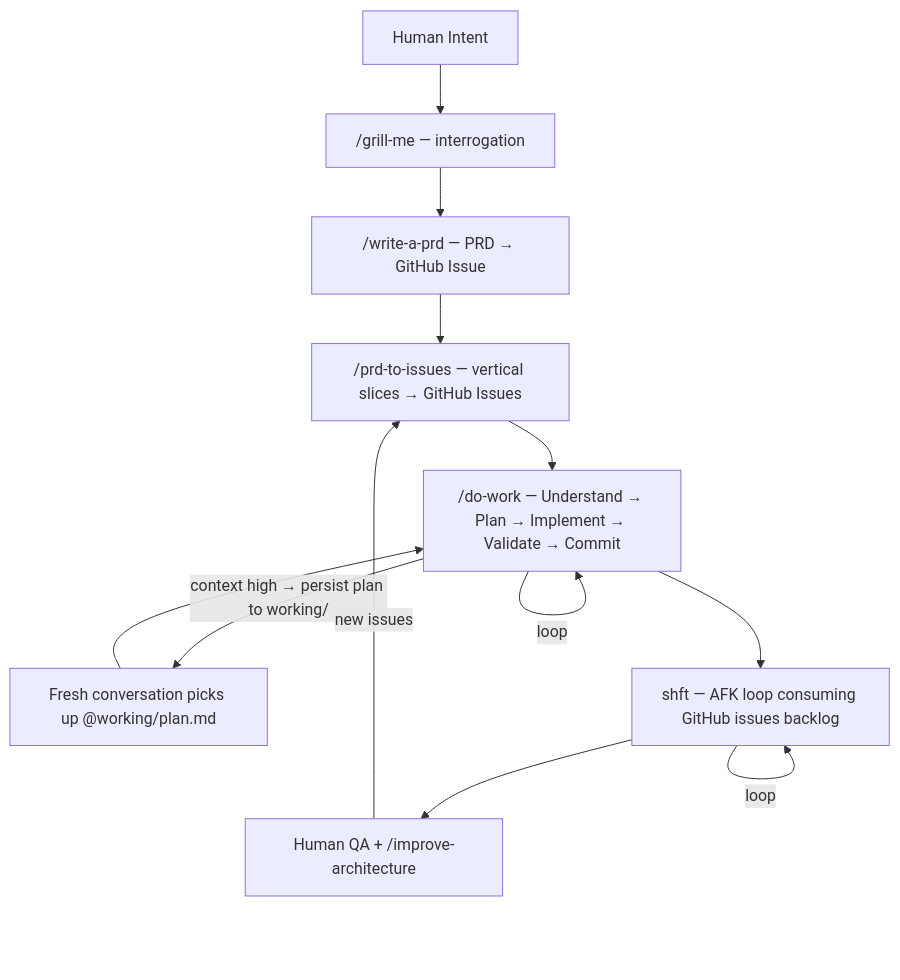
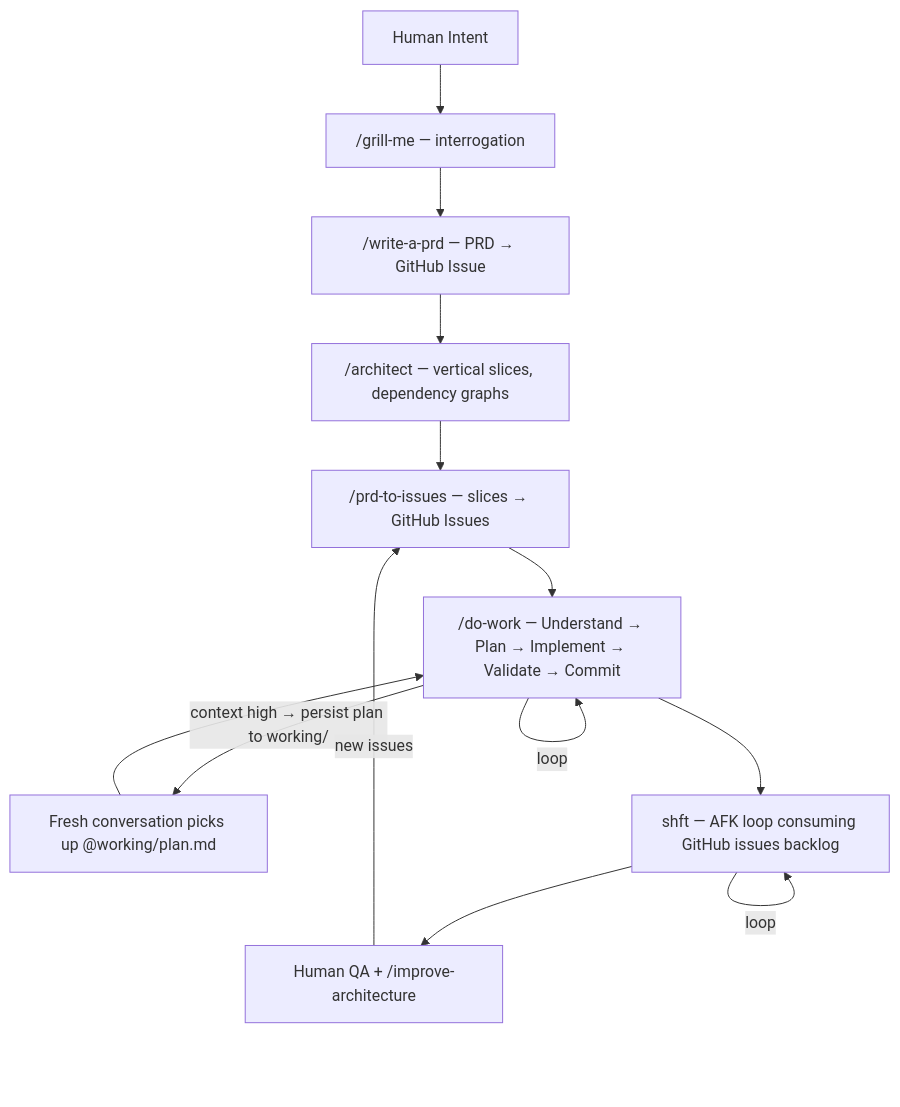
The diagram in README.md (arndvs/ctrlshft), drawn with Mermaid before and after one commit. The commit also changed other lines of this file and 5 other files, not shown here.

First line of the commit message:
docs(pipeline): add /architect step between write-a-prd and prd-to-issues

````diff
--- a/README.md
+++ b/README.md
@@ -36,14 +37,15 @@
 ```mermaid
 graph TD
     A[Human Intent] --> B["/grill-me — interrogation"]
     B --> C["/write-a-prd — PRD → GitHub Issue"]
-    C --> D["/prd-to-issues — vertical slices → GitHub Issues"]
+    C --> AR["/architect — vertical slices, dependency graphs"]
+    AR --> D["/prd-to-issues — slices → GitHub Issues"]
     D --> E["/do-work — Understand → Plan → Implement → Validate → Commit"]
     E -->|loop| E
     E -->|"context high → persist plan to working/"| H["Fresh conversation picks up @working/plan.md"]
     H --> E
     E --> F["shft — AFK loop consuming GitHub issues backlog"]
     F -->|loop| F
     F --> G["Human QA + /improve-architecture"]
     G -->|new issues| D
 ```
````
